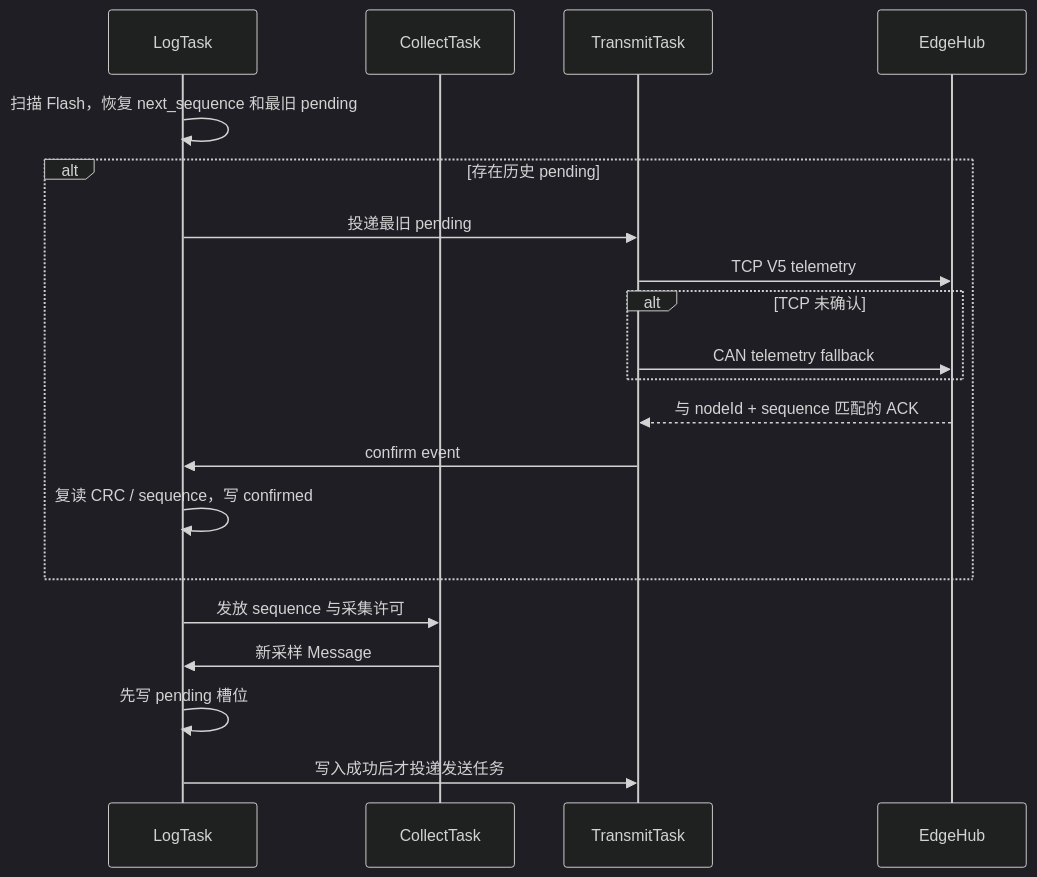
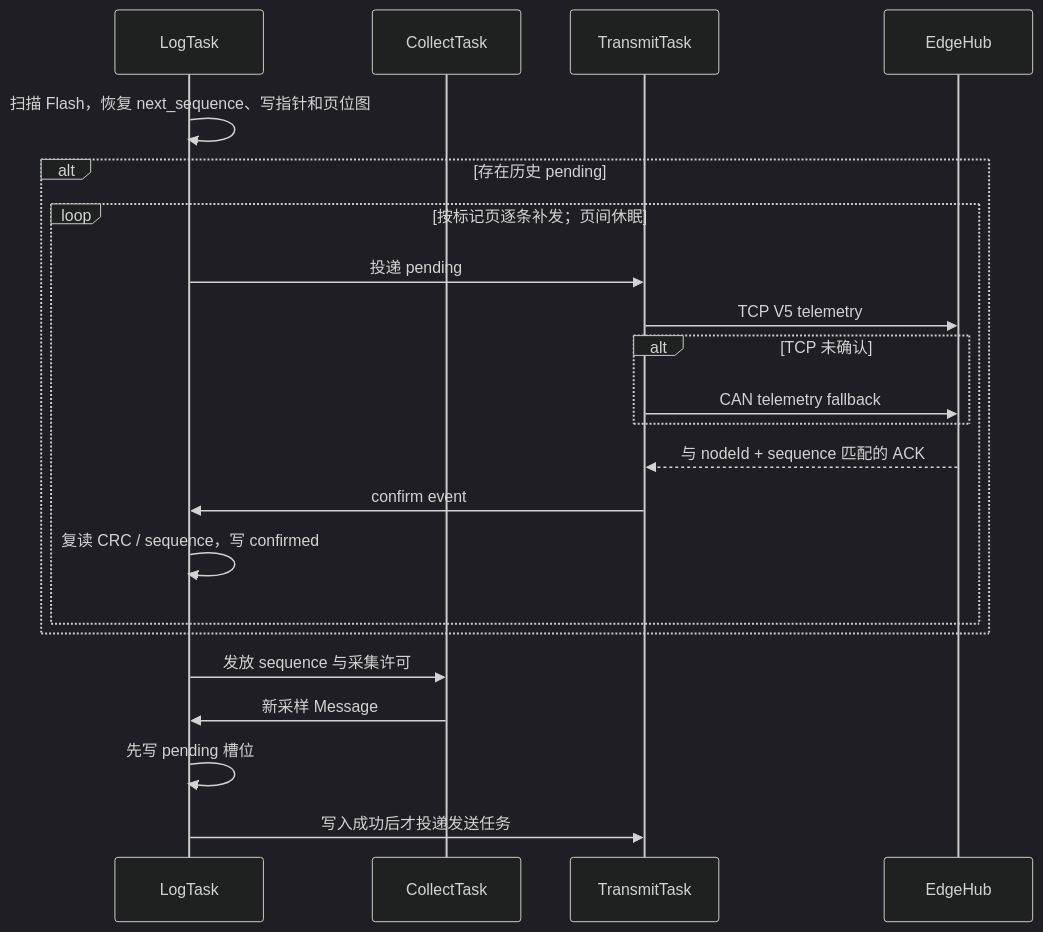
The second of 2 diagrams in README.md (xccloop/EdgeLink), drawn with Mermaid (dark theme) before and after one commit. The commit also changed other lines of this file and 1 other file, not shown here.

````diff
--- a/README.md
+++ b/README.md
@@ -178,23 +168,25 @@
 ```mermaid
 sequenceDiagram
     participant S as LogTask
     participant C as CollectTask
     participant T as TransmitTask
     participant H as EdgeHub
 
-    S->>S: 扫描 Flash，恢复 next_sequence 和最旧 pending
+    S->>S: 扫描 Flash，恢复 next_sequence、写指针和页位图
     alt 存在历史 pending
-        S->>T: 投递最旧 pending
-        T->>H: TCP V5 telemetry
-        alt TCP 未确认
-            T->>H: CAN telemetry fallback
+        loop 按标记页逐条补发；页间休眠
+            S->>T: 投递 pending
+            T->>H: TCP V5 telemetry
+            alt TCP 未确认
+                T->>H: CAN telemetry fallback
+            end
+            H-->>T: 与 nodeId + sequence 匹配的 ACK
+            T->>S: confirm event
+            S->>S: 复读 CRC / sequence，写 confirmed
         end
-        H-->>T: 与 nodeId + sequence 匹配的 ACK
-        T->>S: confirm event
-        S->>S: 复读 CRC / sequence，写 confirmed
     end
     S->>C: 发放 sequence 与采集许可
     C->>S: 新采样 Message
     S->>S: 先写 pending 槽位
     S->>T: 写入成功后才投递发送任务
 ```
````
